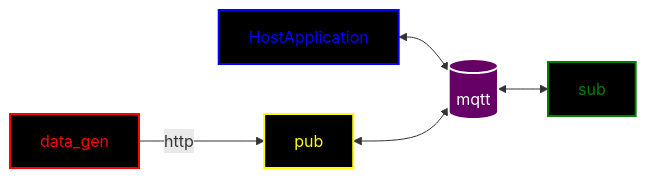
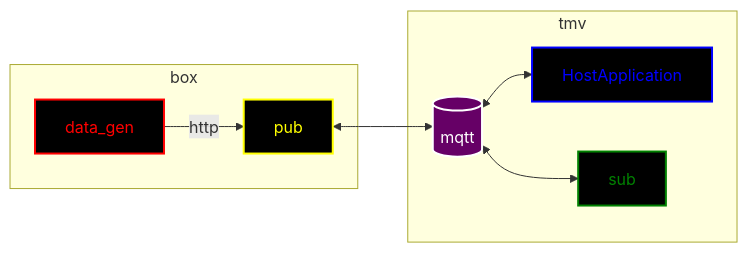
The second of 2 diagrams in README.md (DJTakushi/spbd), drawn with Mermaid before and after one commit. The commit also changed other lines of this file, not shown here.

Commit message:
Architecture (desired) diagram improvement

````diff
--- a/README.md
+++ b/README.md
@@ -25,12 +25,18 @@
 ```mermaid
 flowchart LR
-  HostApplication <--> mqtt
-  data_gen --http--> pub <--> mqtt[(mqtt)] <--> sub
+  subgraph box
+    data_gen --http--> pub
+    style data_gen fill:black,stroke:red,stroke-width:2px,color:red
+    style pub fill:black,stroke:yellow,stroke-width:2px,color:yellow
+  end
 
-  style mqtt fill:#660066,stroke:#fff,stroke-width:2px,color:#fff
-  style data_gen fill:black,stroke:red,stroke-width:2px,color:red
-  style pub fill:black,stroke:yellow,stroke-width:2px,color:yellow
-  style sub fill:black,stroke:green,stroke-width:2px,color:green
+  subgraph tmv
+    mqtt <--> HostApplication
+    pub  <--> mqtt[(mqtt)] <--> sub
 
-  style HostApplication fill:black,stroke:blue,stroke-width:2px,color:blue
+    style mqtt fill:#660066,stroke:#fff,stroke-width:2px,color:#fff
+    style sub fill:black,stroke:green,stroke-width:2px,color:green
+
+    style HostApplication fill:black,stroke:blue,stroke-width:2px,color:blue
+  end
 ```
````
